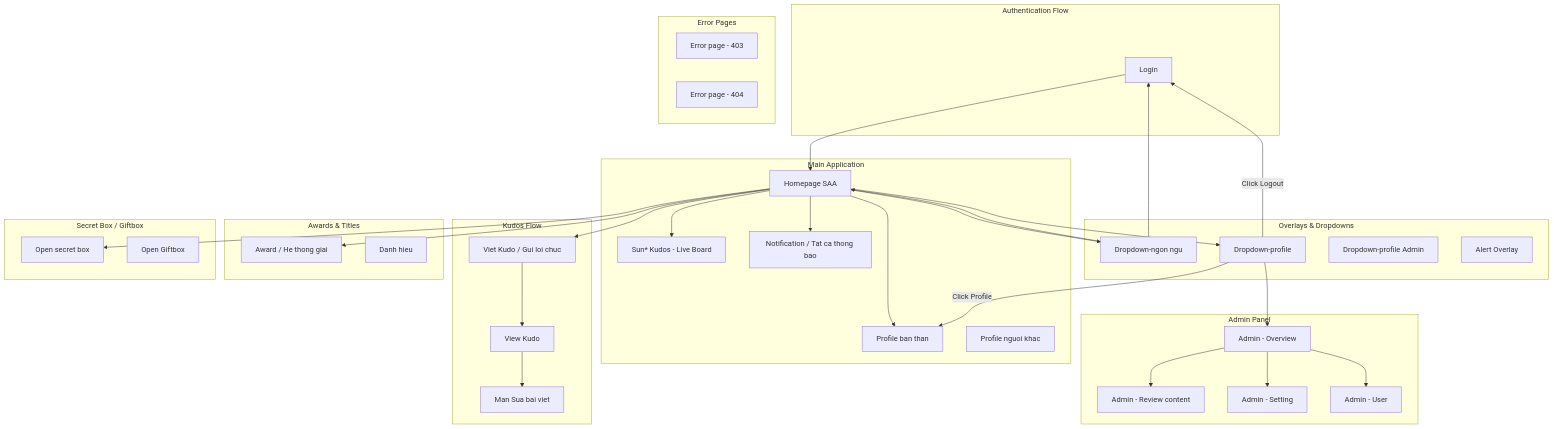
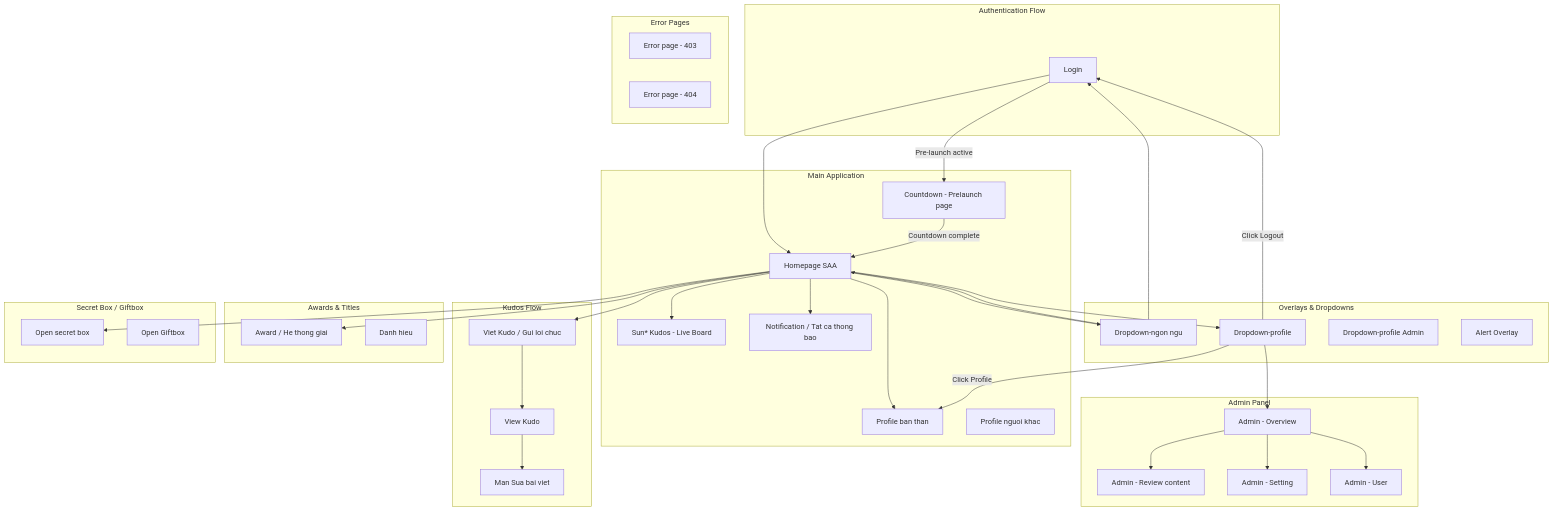
One commit to hungnn-2617/agentic-coding-hands-on changed the first of 2 diagrams in .momorph/contexts/SCREENFLOW.md. Above: the diagram before and after it, drawn with Mermaid. The commit also changed other lines of this file and 30 other files, not shown here.

````diff
--- a/.momorph/contexts/SCREENFLOW.md
+++ b/.momorph/contexts/SCREENFLOW.md
@@ -172,69 +172,72 @@
 ```mermaid
 flowchart TD
     subgraph Auth["Authentication Flow"]
         Login[Login]
     end
 
     subgraph Main["Main Application"]
         HomepageSAA[Homepage SAA]
         SunKudosLiveBoard[Sun* Kudos - Live Board]
+        CountdownPrelaunch[Countdown - Prelaunch page]:::discovered
         ProfileSelf[Profile ban than]
         ProfileOther[Profile nguoi khac]
         Notification[Notification / Tat ca thong bao]
     end
 
     subgraph Overlays["Overlays & Dropdowns"]
         DropdownLanguage[Dropdown-ngon ngu]
         DropdownProfile[Dropdown-profile]:::discovered
         DropdownProfileAdmin[Dropdown-profile Admin]
         AlertOverlay[Alert Overlay]
     end
 
     subgraph Kudos["Kudos Flow"]
         WriteKudo[Viet Kudo / Gui loi chuc]
         ViewKudo[View Kudo]
         EditKudo[Man Sua bai viet]
     end
 
     subgraph Admin["Admin Panel"]
         AdminOverview[Admin - Overview]
         AdminReview[Admin - Review content]
         AdminSetting[Admin - Setting]
         AdminUser[Admin - User]
     end
 
     subgraph Awards["Awards & Titles"]
         Award[Award / He thong giai]
         Titles[Danh hieu]
     end
 
     subgraph SecretBox["Secret Box / Giftbox"]
         OpenSecretBox[Open secret box]
         OpenGiftbox[Open Giftbox]
     end
 
     subgraph ErrorPages["Error Pages"]
         Error403[Error page - 403]
         Error404[Error page - 404]
     end
 
     Login --> HomepageSAA
+    Login -->|"Pre-launch active"| CountdownPrelaunch
+    CountdownPrelaunch -->|"Countdown complete"| HomepageSAA
     HomepageSAA --> DropdownLanguage
     HomepageSAA --> DropdownProfile
     HomepageSAA --> WriteKudo
     HomepageSAA --> SunKudosLiveBoard
     HomepageSAA --> Notification
     HomepageSAA --> ProfileSelf
     HomepageSAA --> Award
     HomepageSAA --> OpenSecretBox
     DropdownLanguage --> HomepageSAA
     DropdownLanguage --> Login
     DropdownProfile -->|"Click Profile"| ProfileSelf
     DropdownProfile -->|"Click Logout"| Login
     DropdownProfile --> AdminOverview
     WriteKudo --> ViewKudo
     ViewKudo --> EditKudo
     AdminOverview --> AdminReview
     AdminOverview --> AdminSetting
     AdminOverview --> AdminUser
 ```
````
